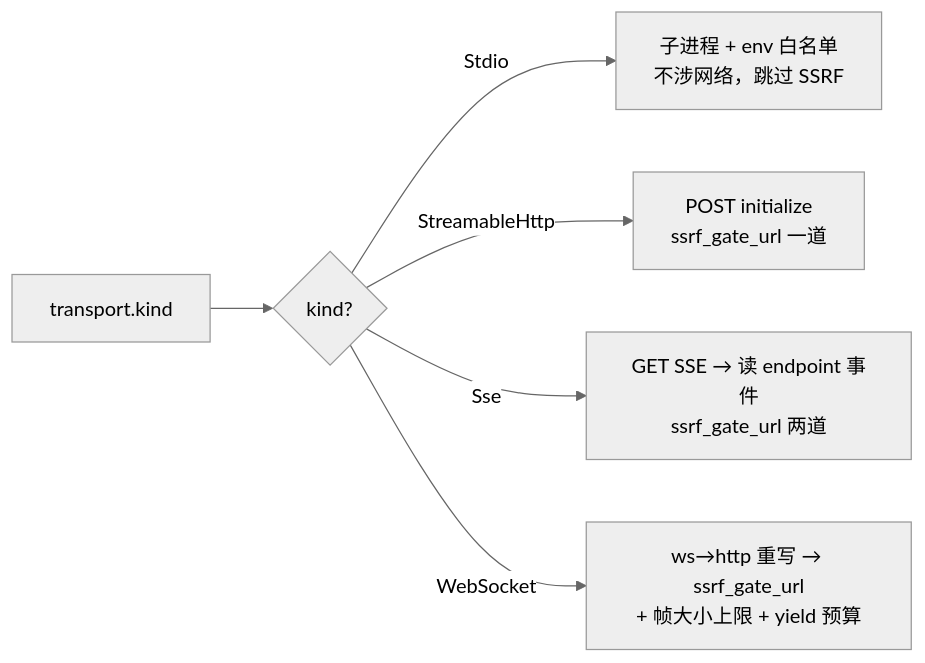
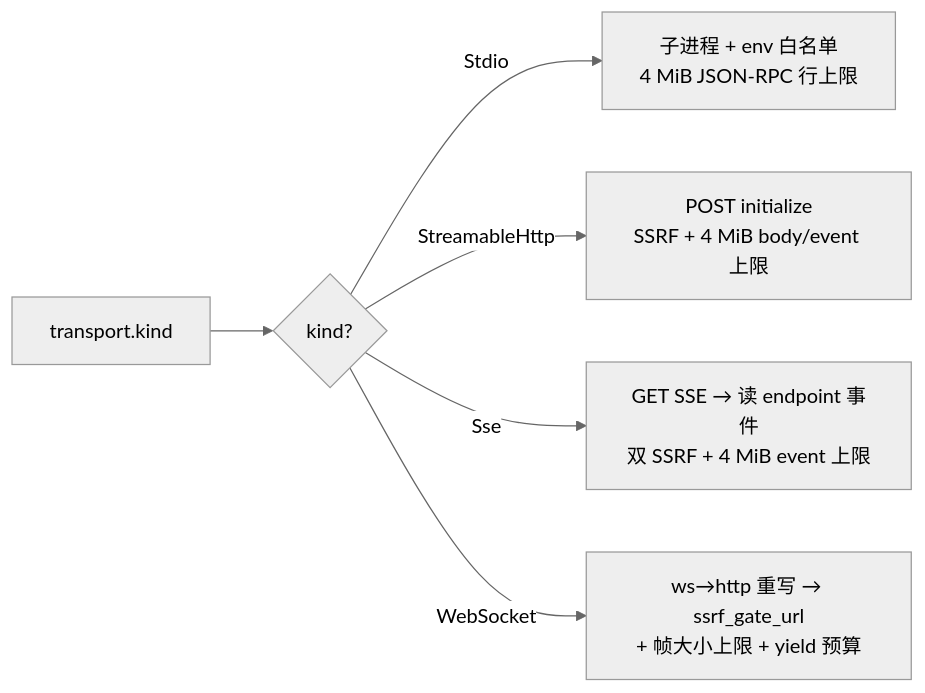
One commit to shiwenwen/hope-agent changed the third of 5 diagrams in docs/architecture/integration/mcp.md. Above: the diagram before and after it, drawn with Mermaid (neutral theme). The commit also changed other lines of this file and 2 other files, not shown here.

````diff
--- a/docs/architecture/integration/mcp.md
+++ b/docs/architecture/integration/mcp.md
@@ -202,8 +202,8 @@
 ```mermaid
 flowchart LR
     cfg["transport.kind"] --> sw{kind?}
-    sw -->|Stdio| stdio["子进程 + env 白名单<br/>不涉网络，跳过 SSRF"]
-    sw -->|StreamableHttp| http["POST initialize<br/>ssrf_gate_url 一道"]
-    sw -->|Sse| sse["GET SSE → 读 endpoint 事件<br/>ssrf_gate_url 两道"]
+    sw -->|Stdio| stdio["子进程 + env 白名单<br/>4 MiB JSON-RPC 行上限"]
+    sw -->|StreamableHttp| http["POST initialize<br/>SSRF + 4 MiB body/event 上限"]
+    sw -->|Sse| sse["GET SSE → 读 endpoint 事件<br/>双 SSRF + 4 MiB event 上限"]
     sw -->|WebSocket| ws["ws→http 重写 → ssrf_gate_url<br/>+ 帧大小上限 + yield 预算"]
 ```
````
